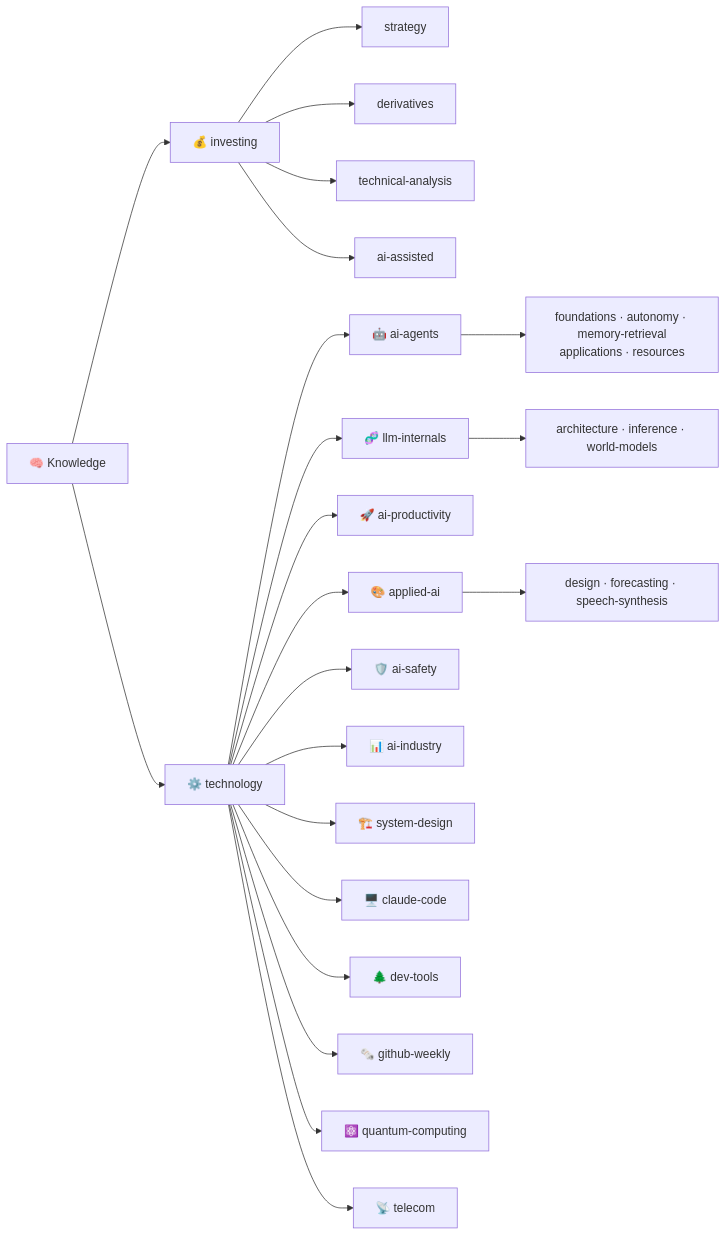
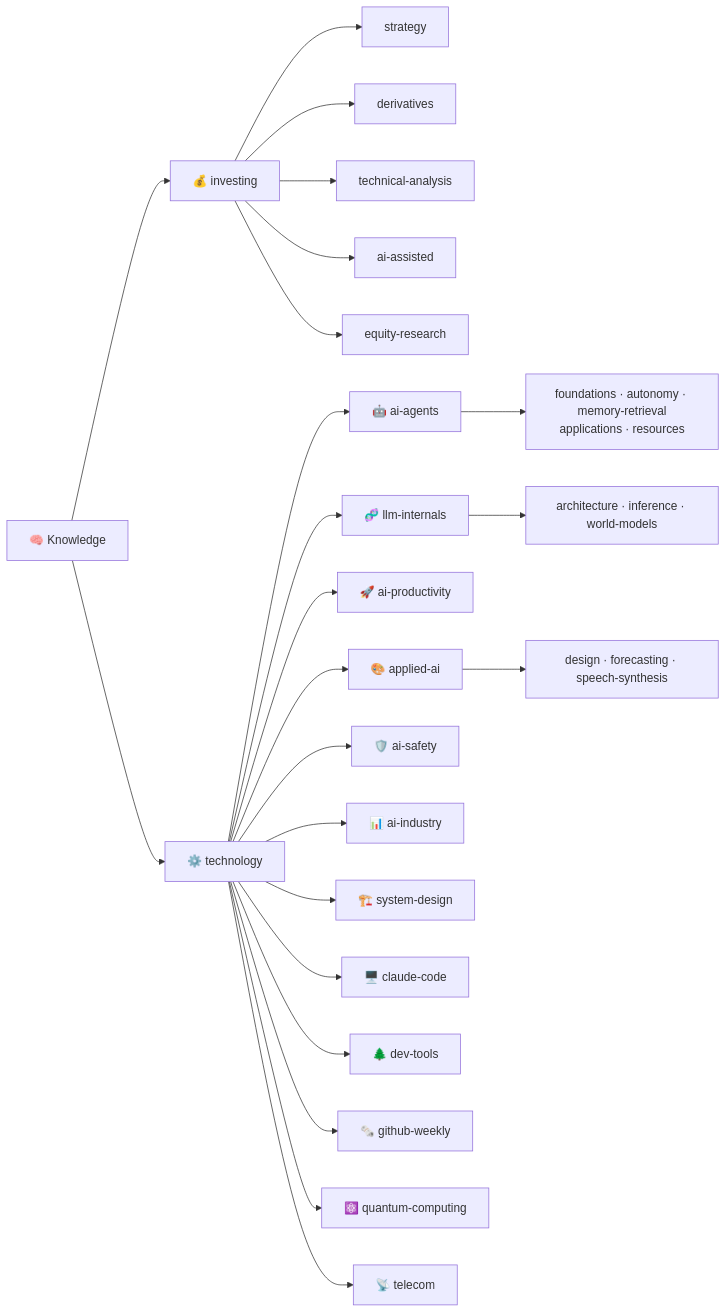
One commit to shooter2062424/Knowledge changed the diagram in README.md. Above: the diagram before and after it, drawn with Mermaid. The commit also changed other lines of this file and 1 other file, not shown here.

First line of the commit message:
新增「AI 軟體股選股邏輯」筆記 + 新增 investing/equity-research 中類

````diff
--- a/README.md
+++ b/README.md
@@ -25,24 +25,25 @@
 ```mermaid
 flowchart LR
     K["🧠 Knowledge"] --> I["💰 investing"]
     K --> T["⚙️ technology"]
     I --> I1["strategy"]
     I --> I2["derivatives"]
     I --> I3["technical-analysis"]
     I --> I4["ai-assisted"]
+    I --> I5["equity-research"]
     T --> T1["🤖 ai-agents"]
     T --> T2["🧬 llm-internals"]
     T --> T3["🚀 ai-productivity"]
     T --> T4["🎨 applied-ai"]
     T --> T7["🛡️ ai-safety"]
     T --> T9["📊 ai-industry"]
     T --> T10["🏗️ system-design"]
     T --> T8["🖥️ claude-code"]
     T --> T11["🌲 dev-tools"]
     T --> T12["🗞️ github-weekly"]
     T --> T6["⚛️ quantum-computing"]
     T --> T5["📡 telecom"]
     T1 --> T1a["foundations · autonomy · memory-retrieval<br/>applications · resources"]
     T2 --> T2a["architecture · inference · world-models"]
     T4 --> T4a["design · forecasting · speech-synthesis"]
 ```
````
